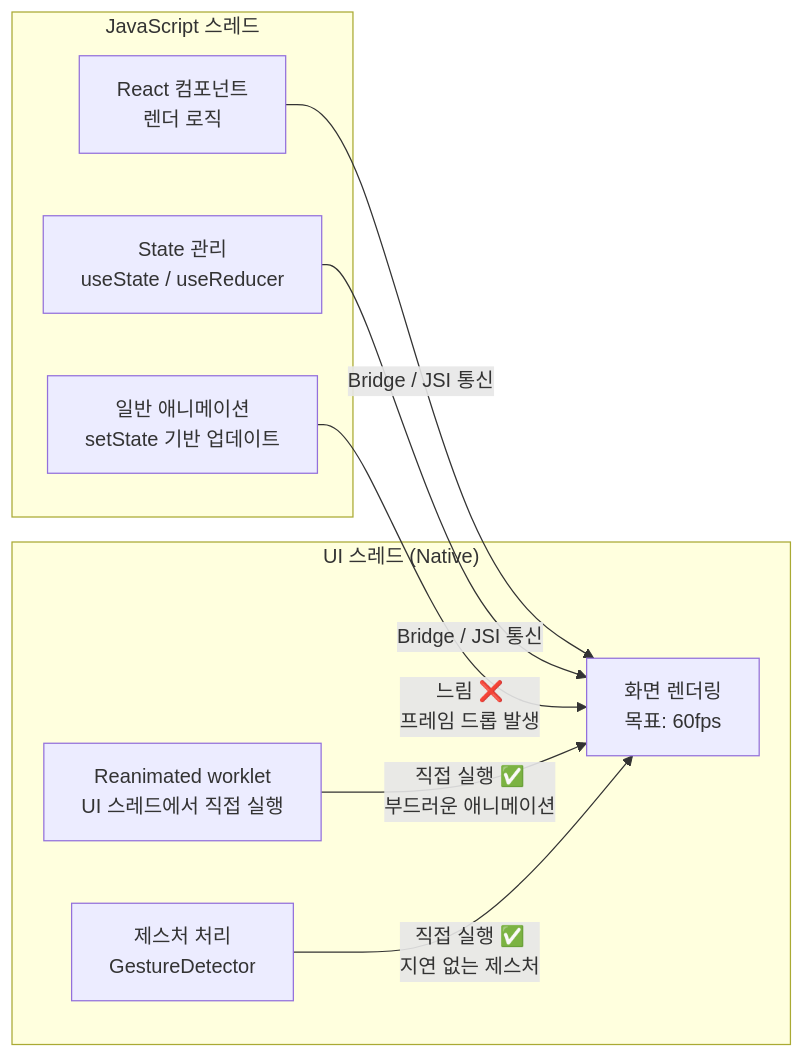
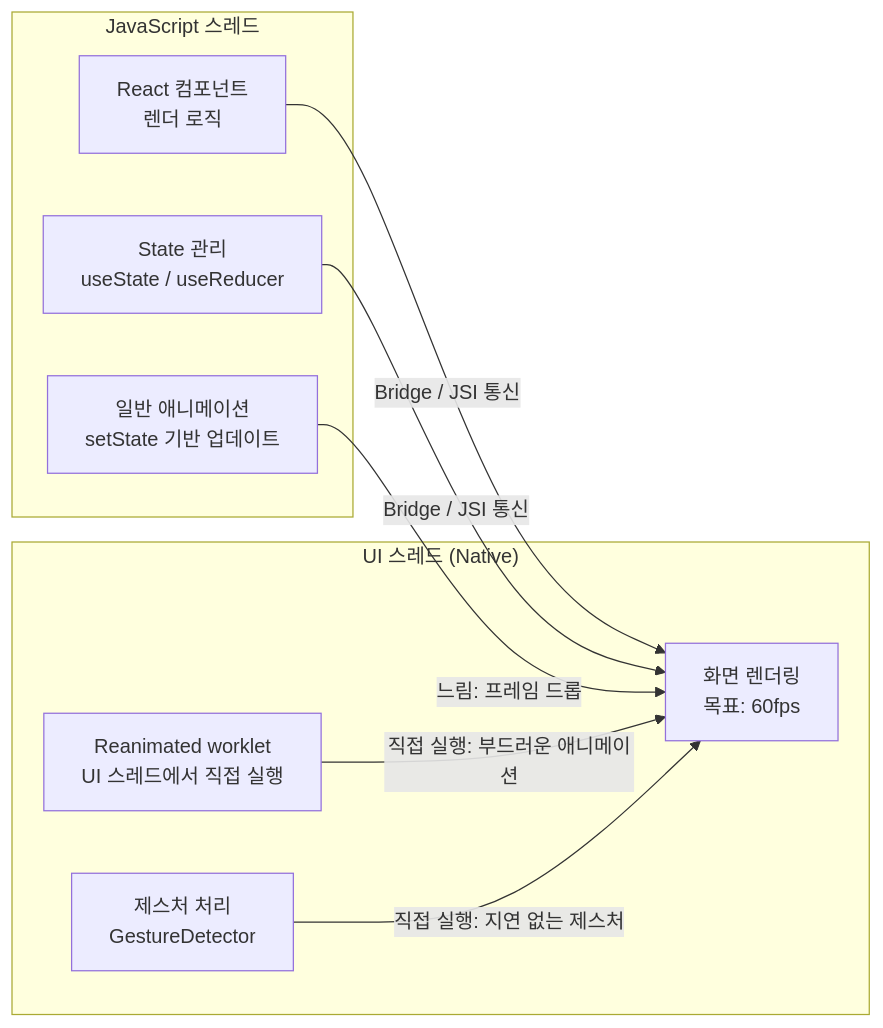
One commit to terry3838/vercel-agent-skills-guide changed the first of 3 diagrams in categories/react-native-skills.md. Above: the diagram before and after it, drawn with Mermaid. The commit also changed other lines of this file and 5 other files, not shown here.

First line of the commit message:
fix: GitHub Mermaid 렌더러 호환성 오류 수정

````diff
--- a/categories/react-native-skills.md
+++ b/categories/react-native-skills.md
@@ -21,18 +21,18 @@
 ```mermaid
 graph LR
     subgraph JS["JavaScript 스레드"]
         A["React 컴포넌트\n렌더 로직"]
         B["State 관리\nuseState / useReducer"]
         C["일반 애니메이션\nsetState 기반 업데이트"]
     end
     subgraph UI["UI 스레드 (Native)"]
         D["화면 렌더링\n목표: 60fps"]
         E["Reanimated worklet\nUI 스레드에서 직접 실행"]
         F["제스처 처리\nGestureDetector"]
     end
     A -- "Bridge / JSI 통신" --> D
     B -- "Bridge / JSI 통신" --> D
-    C -- "느림 ❌\n프레임 드롭 발생" --> D
-    E -- "직접 실행 ✅\n부드러운 애니메이션" --> D
-    F -- "직접 실행 ✅\n지연 없는 제스처" --> D
+    C -- "느림: 프레임 드롭" --> D
+    E -- "직접 실행: 부드러운 애니메이션" --> D
+    F -- "직접 실행: 지연 없는 제스처" --> D
 ```
````
